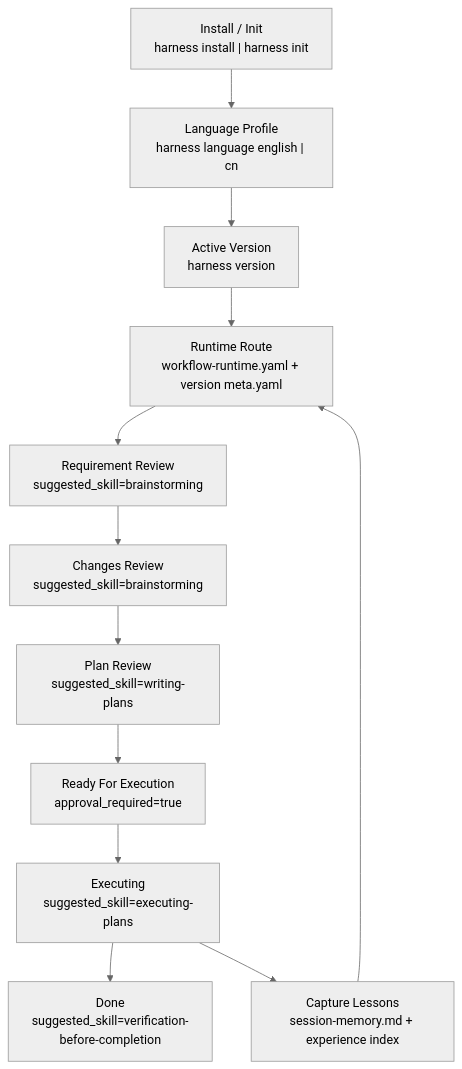
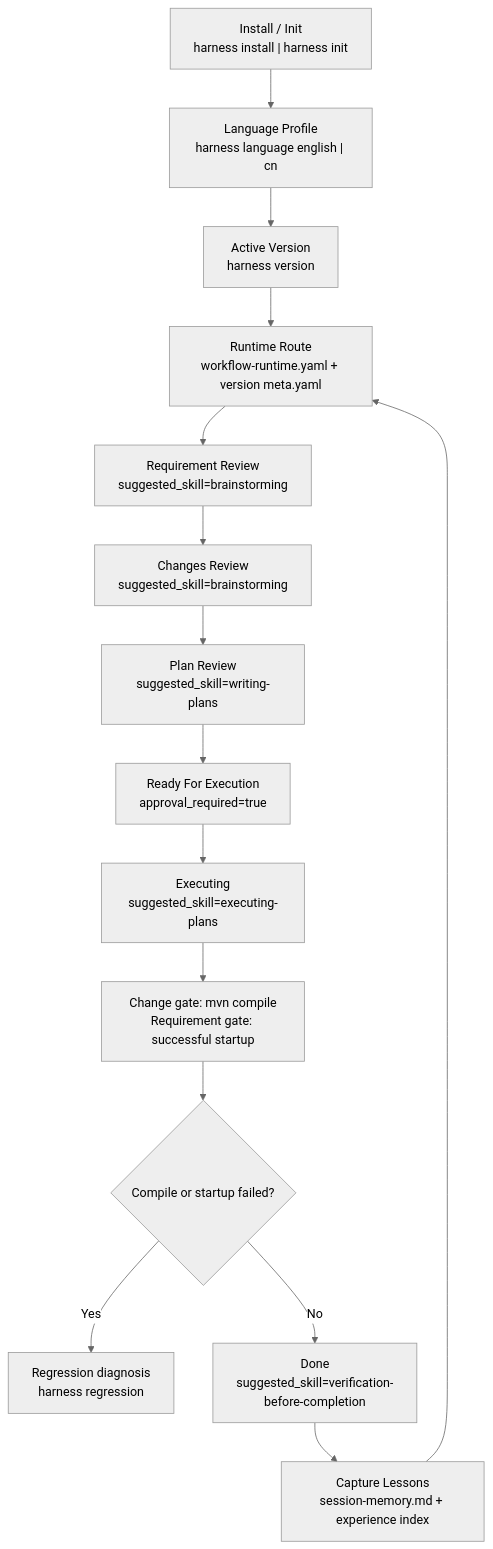
The third of 4 diagrams in README.md (togally/harness-workflow), drawn with Mermaid (neutral theme) before and after one commit. The commit also changed other lines of this file and 25 other files, not shown here.

Commit message:
Enforce compile and startup gates in workflow

````diff
--- a/README.md
+++ b/README.md
@@ -548,14 +581,17 @@
 ```mermaid
 flowchart TD
     A["Install / Init<br/>harness install | harness init"] --> B["Language Profile<br/>harness language english | cn"]
     B --> C["Active Version<br/>harness version"]
     C --> D["Runtime Route<br/>workflow-runtime.yaml + version meta.yaml"]
     D --> E["Requirement Review<br/>suggested_skill=brainstorming"]
     E --> F["Changes Review<br/>suggested_skill=brainstorming"]
     F --> G["Plan Review<br/>suggested_skill=writing-plans"]
     G --> H["Ready For Execution<br/>approval_required=true"]
     H --> I["Executing<br/>suggested_skill=executing-plans"]
-    I --> J["Done<br/>suggested_skill=verification-before-completion"]
-    I --> K["Capture Lessons<br/>session-memory.md + experience index"]
-    K --> D
+    I --> J["Change gate: mvn compile<br/>Requirement gate: successful startup"]
+    J --> K{"Compile or startup failed?"}
+    K -->|Yes| L["Regression diagnosis<br/>harness regression <issue>"]
+    K -->|No| M["Done<br/>suggested_skill=verification-before-completion"]
+    M --> N["Capture Lessons<br/>session-memory.md + experience index"]
+    N --> D
 ```
````
